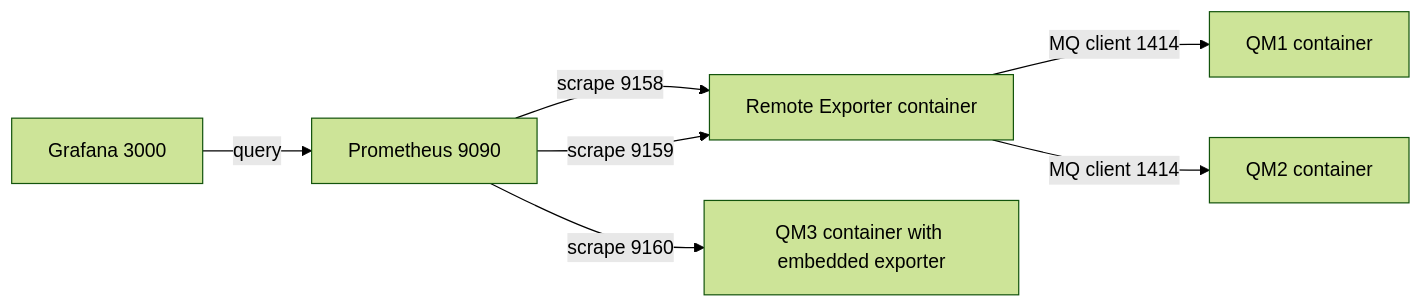
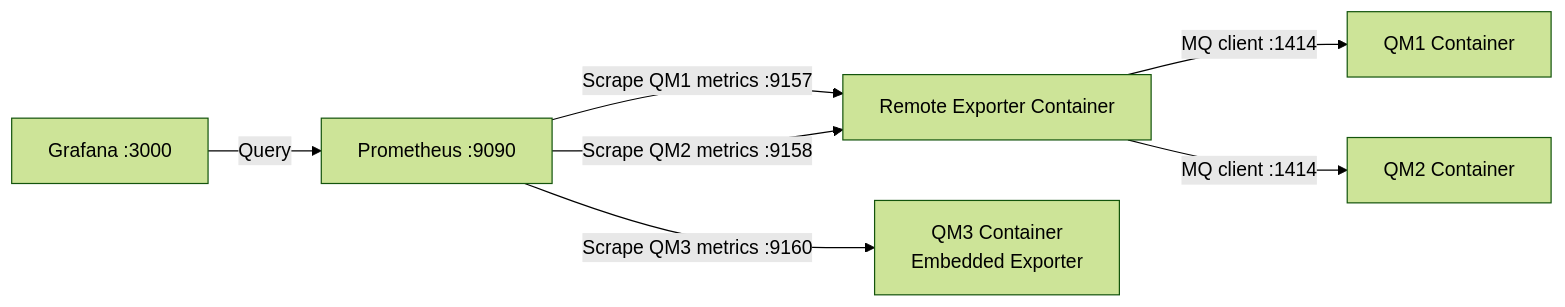
One commit to aztekmq/ibmmq_metrics_exporter changed the diagram in README.md. Above: the diagram before and after it, drawn with Mermaid (forest theme).

Commit message:
Improve z/OS metric extraction logic

````diff
--- a/README.md
+++ b/README.md
@@ -38,17 +38,18 @@
 ```mermaid
 flowchart LR
-  G[Grafana 3000]
-    P[Prometheus 9090]
-    E[Remote Exporter container]
-    Q1[QM1 container]
-    Q2[QM2 container]
-    Q3[QM3 container with embedded exporter]
+    G["Grafana :3000"]
+    P["Prometheus :9090"]
+    E["Remote Exporter Container"]
+    Q1["QM1 Container"]
+    Q2["QM2 Container"]
+    Q3["QM3 Container<br/>Embedded Exporter"]
 
-  G -->|query| P
-    P -->|scrape 9158| E
-    P -->|scrape 9159| E
-    P -->|scrape 9160| Q3
+    G -->|"Query"| P
 
-    E -->|MQ client 1414| Q1
-    E -->|MQ client 1414| Q2
+    P -->|"Scrape QM1 metrics :9157"| E
+    P -->|"Scrape QM2 metrics :9158"| E
+    P -->|"Scrape QM3 metrics :9160"| Q3
+
+    E -->|"MQ client :1414"| Q1
+    E -->|"MQ client :1414"| Q2
 ```
````
